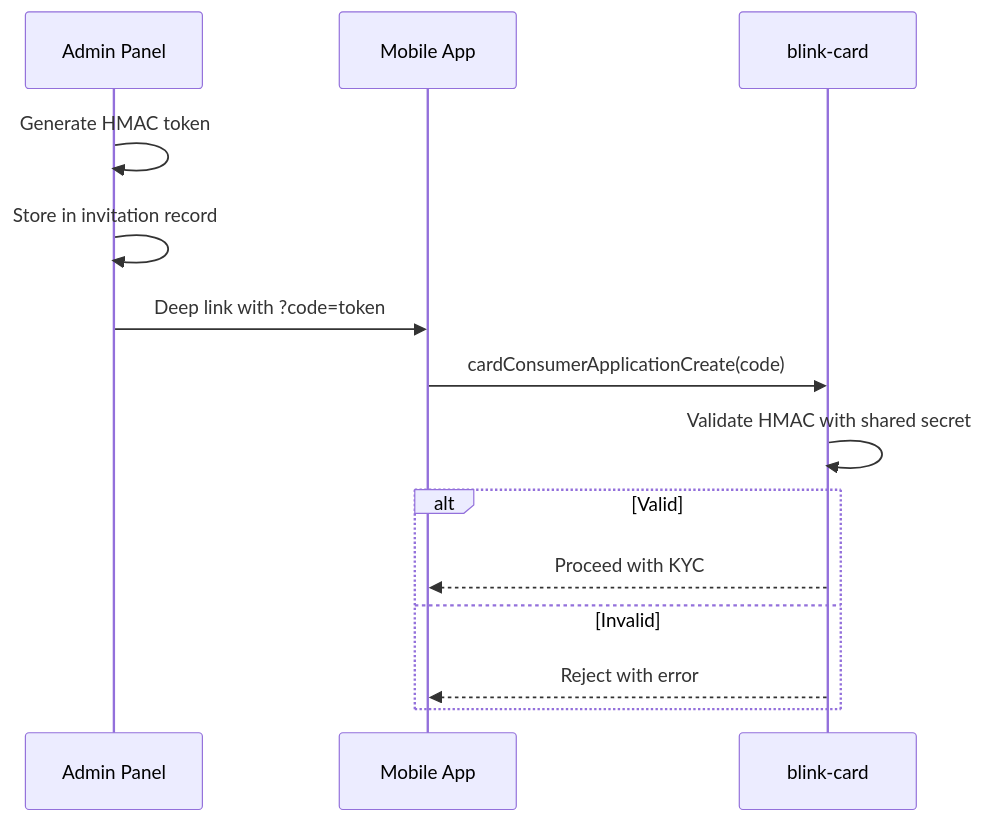
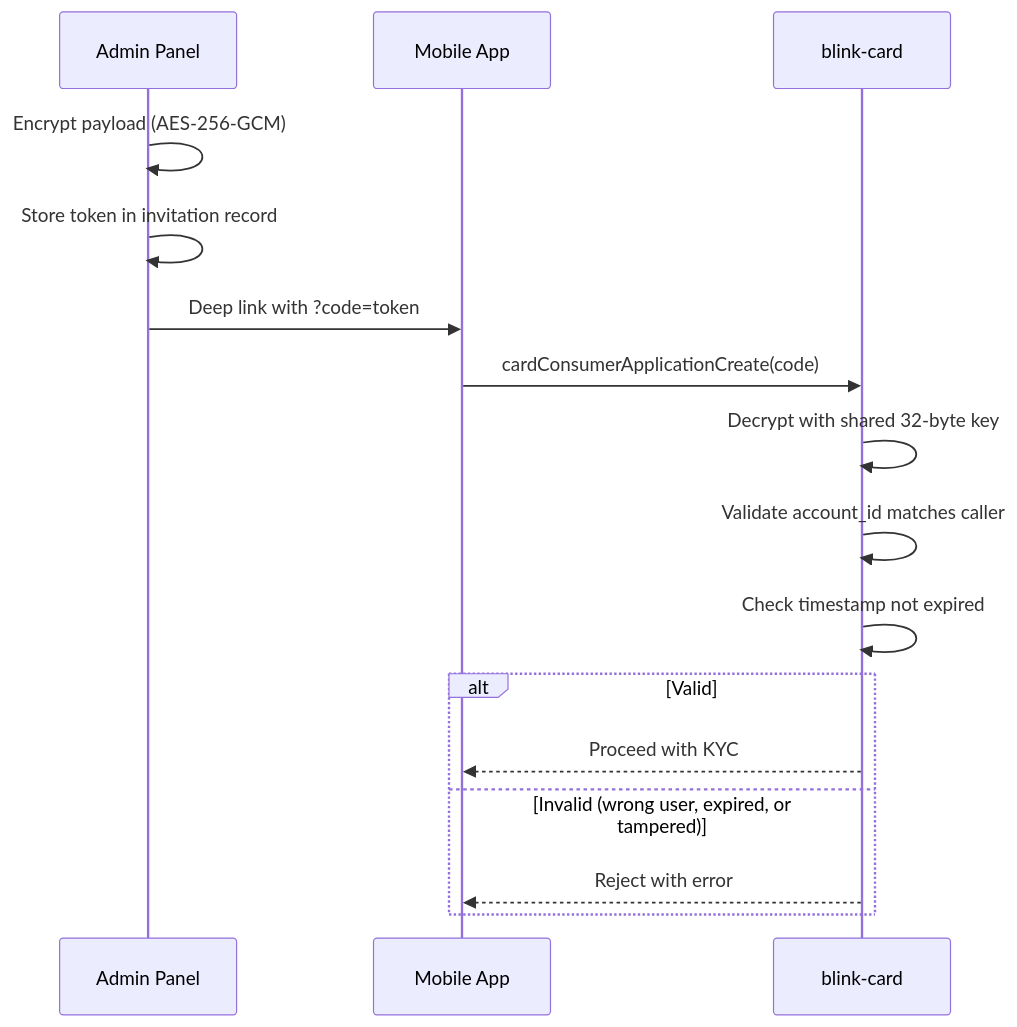
The seventh of 7 diagrams in docs/bmad/tech-spec-program-invitation-system.md (blinkbitcoin/blink), drawn with Mermaid before and after one commit. The commit also changed other lines of this file and 3 other files, not shown here.

Commit message:
docs: update docs to add encrypted invitation token

````diff
--- a/docs/bmad/tech-spec-program-invitation-system.md
+++ b/docs/bmad/tech-spec-program-invitation-system.md
@@ -558,17 +608,19 @@
 ```mermaid
 sequenceDiagram
     participant Admin as Admin Panel
     participant Mobile as Mobile App
     participant Card as blink-card
 
-    Admin->>Admin: Generate HMAC token
-    Admin->>Admin: Store in invitation record
+    Admin->>Admin: Encrypt payload (AES-256-GCM)
+    Admin->>Admin: Store token in invitation record
     Admin->>Mobile: Deep link with ?code=token
     Mobile->>Card: cardConsumerApplicationCreate(code)
-    Card->>Card: Validate HMAC with shared secret
+    Card->>Card: Decrypt with shared 32-byte key
+    Card->>Card: Validate account_id matches caller
+    Card->>Card: Check timestamp not expired
     alt Valid
         Card-->>Mobile: Proceed with KYC
-    else Invalid
+    else Invalid (wrong user, expired, or tampered)
         Card-->>Mobile: Reject with error
     end
 ```
````
